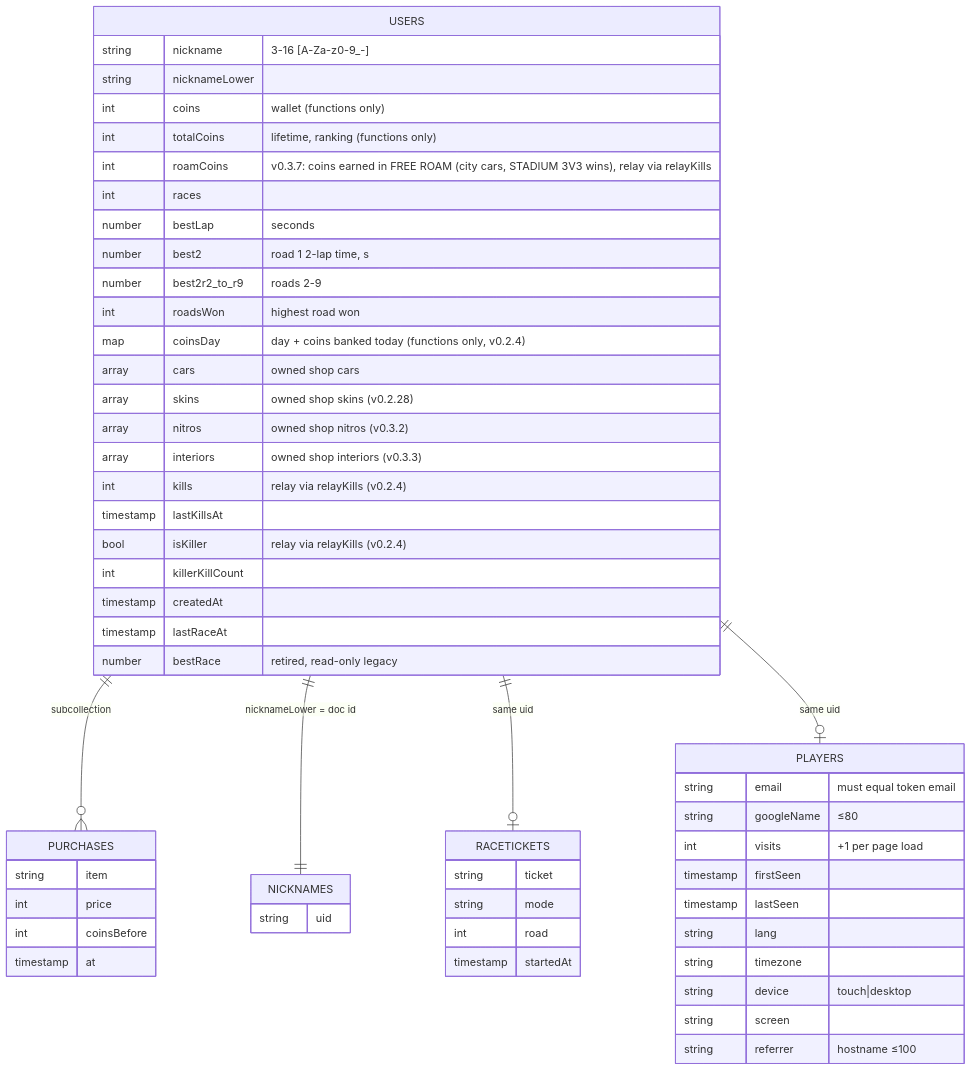
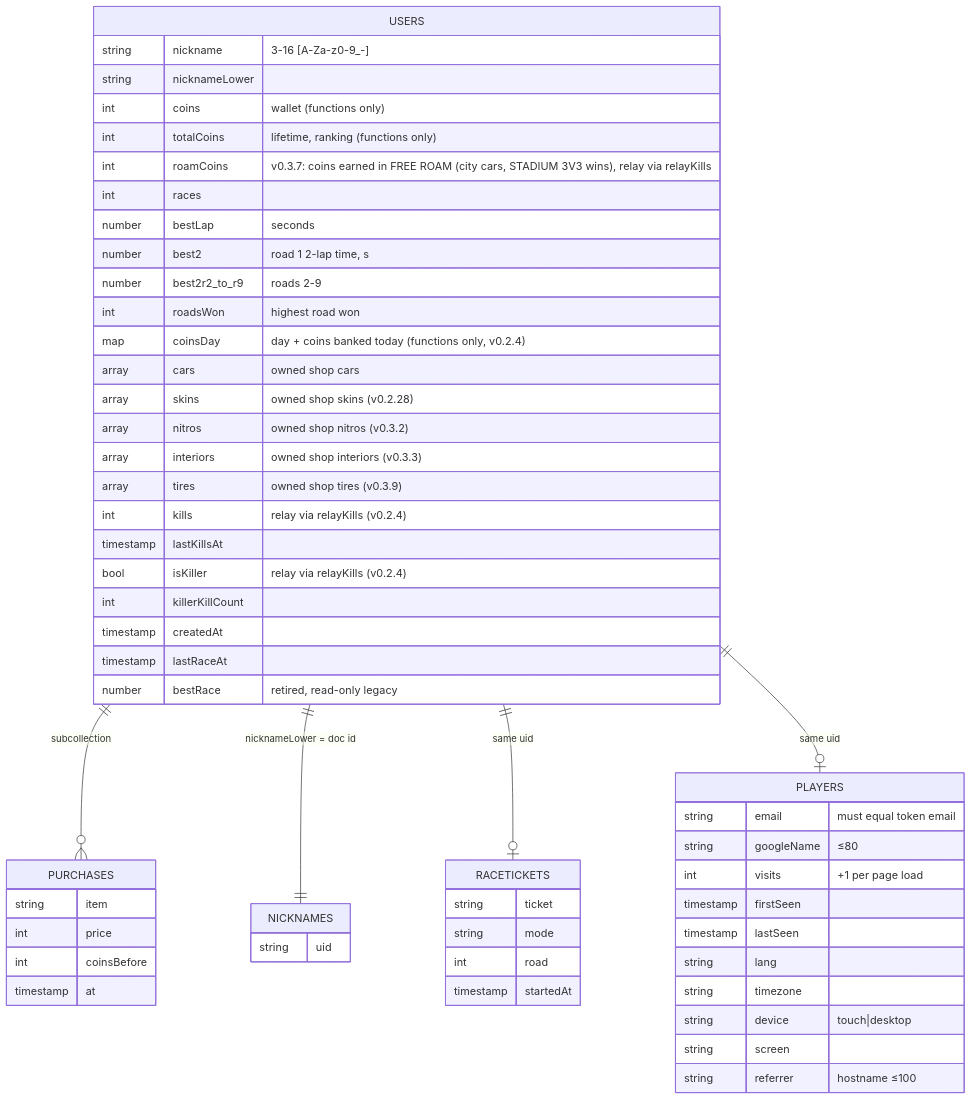
Before and after one commit to kalk1t/neon_c: the diagram in techplan/05-data.md, drawn with Mermaid. The commit also changed 7 other files, not shown here.

Commit message:
meshy: tire shop wheels (build_tires.py, Meshy concept sheets 27 credits); techplan: tire shop

````diff
--- a/techplan/05-data.md
+++ b/techplan/05-data.md
@@ -7,46 +7,47 @@
 ```mermaid
 erDiagram
   USERS ||--o{ PURCHASES : "subcollection"
   USERS ||--|| NICKNAMES : "nicknameLower = doc id"
   USERS ||--o| RACETICKETS : "same uid"
   USERS ||--o| PLAYERS : "same uid"
   USERS {
     string nickname "3-16 [A-Za-z0-9_-]"
     string nicknameLower
     int coins "wallet (functions only)"
     int totalCoins "lifetime, ranking (functions only)"
     int roamCoins "v0.3.7: coins earned in FREE ROAM (city cars, STADIUM 3V3 wins), relay via relayKills"
     int races
     number bestLap "seconds"
     number best2 "road 1 2-lap time, s"
     number best2r2_to_r9 "roads 2-9"
     int roadsWon "highest road won"
     map coinsDay "day + coins banked today (functions only, v0.2.4)"
     array cars "owned shop cars"
     array skins "owned shop skins (v0.2.28)"
     array nitros "owned shop nitros (v0.3.2)"
     array interiors "owned shop interiors (v0.3.3)"
+    array tires "owned shop tires (v0.3.9)"
     int kills "relay via relayKills (v0.2.4)"
     timestamp lastKillsAt
     bool isKiller "relay via relayKills (v0.2.4)"
     int killerKillCount
     timestamp createdAt
     timestamp lastRaceAt
     number bestRace "retired, read-only legacy"
   }
   NICKNAMES { string uid }
   PURCHASES { string item  int price  int coinsBefore  timestamp at }
   RACETICKETS { string ticket  string mode  int road  timestamp startedAt }
   PLAYERS {
     string email "must equal token email"
     string googleName "≤80"
     int visits "+1 per page load"
     timestamp firstSeen
     timestamp lastSeen
     string lang
     string timezone
     string device "touch|desktop"
     string screen
     string referrer "hostname ≤100"
   }
 ```
````
